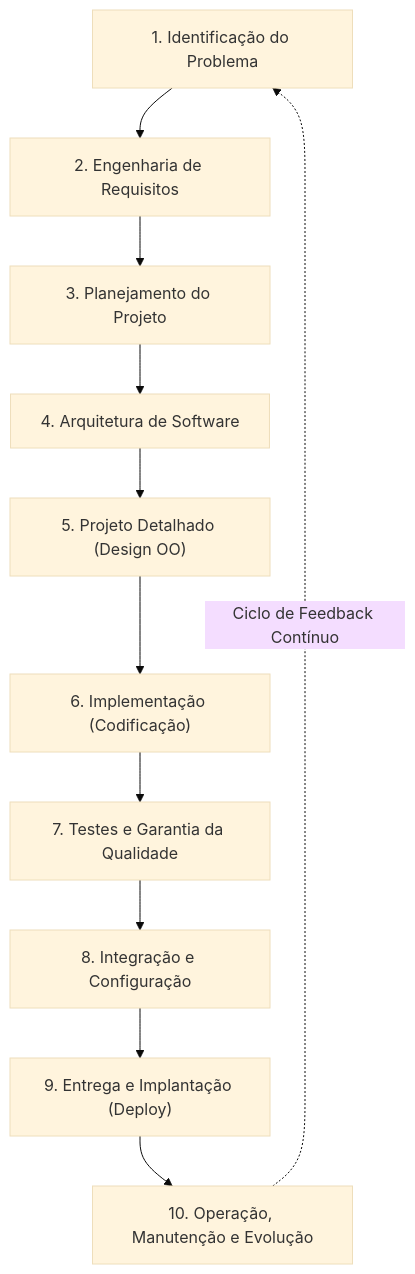
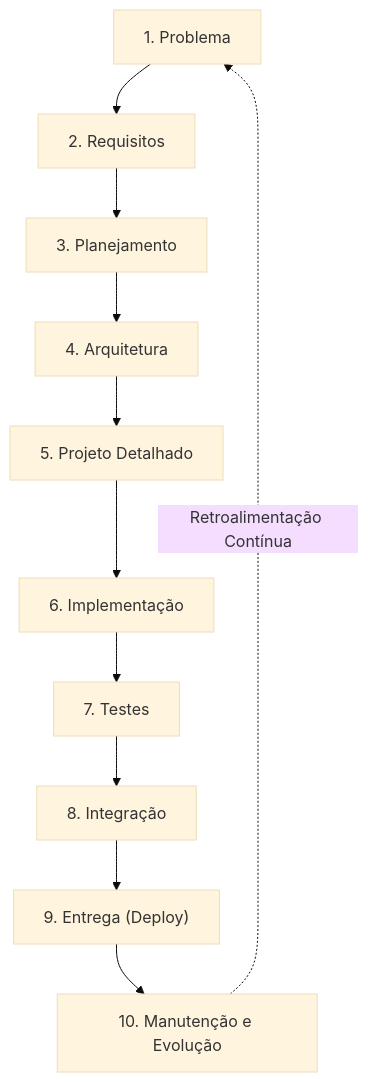
The third of 25 diagrams in 4º Semestre/[Prof. Wesley Soares] Engenharia de Software II/Resumos-IA/Caderno-Consolidado.md (murilolol/unifef), drawn with Mermaid (base theme) before and after one commit. The commit also changed other lines of this file and 18 other files, not shown here.

````diff
--- a/4º Semestre/[Prof. Wesley Soares] Engenharia de Software II/Resumos-IA/Caderno-Consolidado.md
+++ b/4º Semestre/[Prof. Wesley Soares] Engenharia de Software II/Resumos-IA/Caderno-Consolidado.md
@@ -134,13 +104,13 @@
 ```mermaid
 flowchart TD
-    F1["1. Identificação do Problema"] --> F2["2. Engenharia de Requisitos"]
-    F2 --> F3["3. Planejamento do Projeto"]
-    F3 --> F4["4. Arquitetura de Software"]
-    F4 --> F5["5. Projeto Detalhado (Design OO)"]
-    F5 --> F6["6. Implementação (Codificação)"]
-    F6 --> F7["7. Testes e Garantia da Qualidade"]
-    F7 --> F8["8. Integração e Configuração"]
-    F8 --> F9["9. Entrega e Implantação (Deploy)"]
-    F9 --> F10["10. Operação, Manutenção e Evolução"]
-    F10 -.->|"Ciclo de Feedback Contínuo"| F1
+    F1["1. Problema"] --> F2["2. Requisitos"]
+    F2 --> F3["3. Planejamento"]
+    F3 --> F4["4. Arquitetura"]
+    F4 --> F5["5. Projeto Detalhado"]
+    F5 --> F6["6. Implementação"]
+    F6 --> F7["7. Testes"]
+    F7 --> F8["8. Integração"]
+    F8 --> F9["9. Entrega (Deploy)"]
+    F9 --> F10["10. Manutenção e Evolução"]
+    F10 -.->|"Retroalimentação Contínua"| F1
 ```
````
